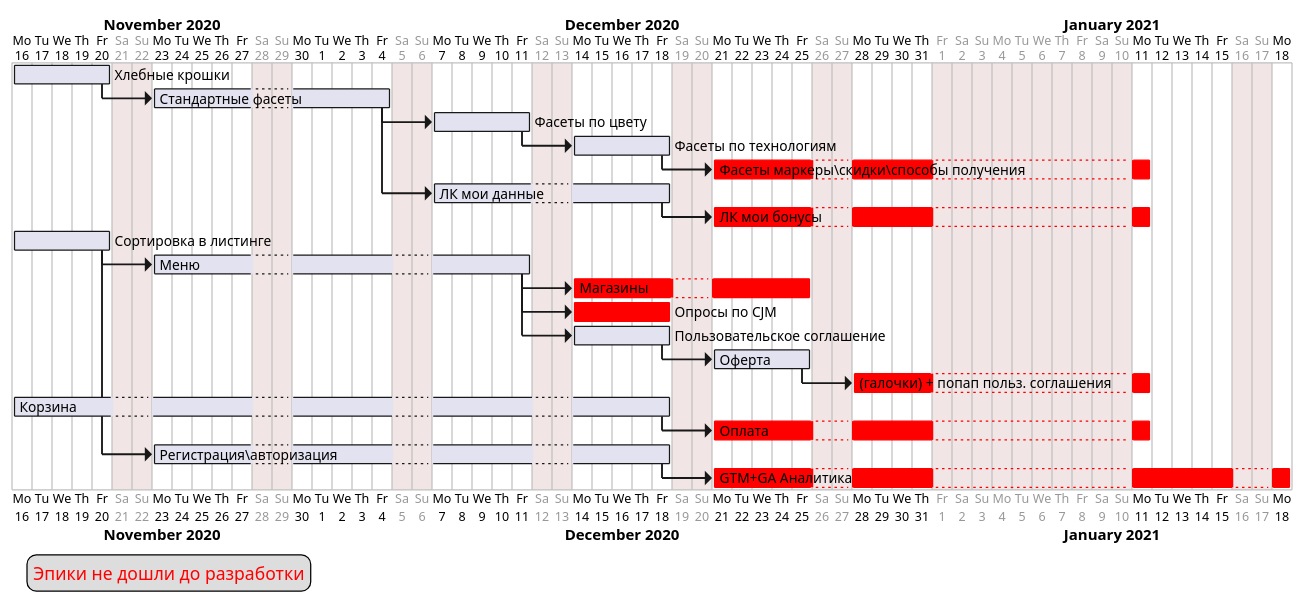
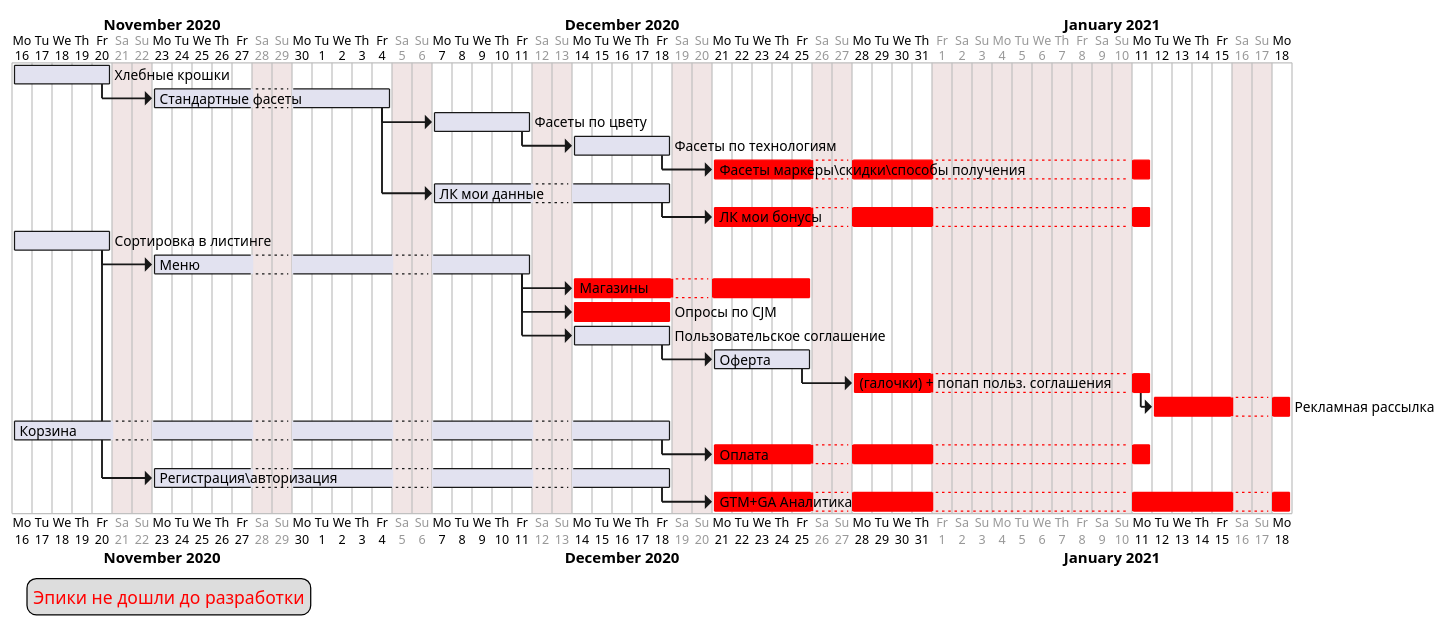
The diagram in roadMap.puml (ViKt0R-K/plantuml), drawn with PlantUML before and after one commit.

Commit message:
Добавил рекламную рассылку

```diff
--- a/roadMap.puml
+++ b/roadMap.puml
@@ -1,63 +1,66 @@
 @startgantt
 project starts the 2020/11/16
 saturday are closed
 sunday are closed
 '2020/12/09 is closed
 2021/01/01 to 2021/01/10 is closed
 
 [Хлебные крошки] as [categoryBranch] lasts 1 week
 [Стандартные фасеты] as [fasets] lasts 2 week
 [Фасеты по цвету] as [fasetsC] lasts 1 week
 [Фасеты по технологиям] as [fasetsT] lasts 1 week
 [Фасеты маркеры\скидки\способы получения] as [fasetsH] lasts 2 week
 
 [ЛК мои данные] as [userHome] lasts 2 week
 [ЛК мои бонусы] as [userBonus] lasts 2 week
 
 [Сортировка в листинге] as [sort] lasts 1 week
 [Меню] as [menu] lasts 3 week
 [Магазины] as [store] lasts 2 week
 [Опросы по CJM] as [cjm] lasts 1 week
 [Пользовательское соглашение] as [privacy] lasts 1 week
 [Оферта] as [oferta] lasts 1 week
 [(галочки) + попап польз. соглашения] as [privacyPopUp] lasts 1 week
+[Рекламная рассылка] as [promo] lasts 1 week
 
 [Корзина] as [cart] lasts 5 week
 [Оплата] as [checkout] lasts 2 week
 
 [Регистрация\авторизация] as [auth] lasts 4 week
 [GTM+GA Аналитика] as [gtmGa] lasts 3 week
 
 [fasetsH] is colored in red
 [store] is colored in red
 [userBonus] is colored in red
 [cjm] is colored in red
 [privacyPopUp] is colored in red
+[promo] is colored in red
 [gtmGa] is colored in red
 [checkout] is colored in red
 
 [categoryBranch]->[fasets]
 [fasets]->[fasetsC]
 [fasetsC]->[fasetsT]
 [fasetsT]->[fasetsH]
 [fasets]->[userHome]
 [userHome]->[userBonus]
 
 
 [sort]->[menu]
 [menu]->[store]
 [menu]->[cjm]
 [menu]->[privacy]
 [privacy]->[oferta]
 [oferta]->[privacyPopUp]
+[privacyPopUp]-> [promo]
 
 [cart]->[checkout]
 
 [sort]->[auth]
 [auth]->[gtmGa]
 
 legend left
 <font color=red>Эпики не дошли до разработки</font>
 endlegend
 
 @endgantt
```
